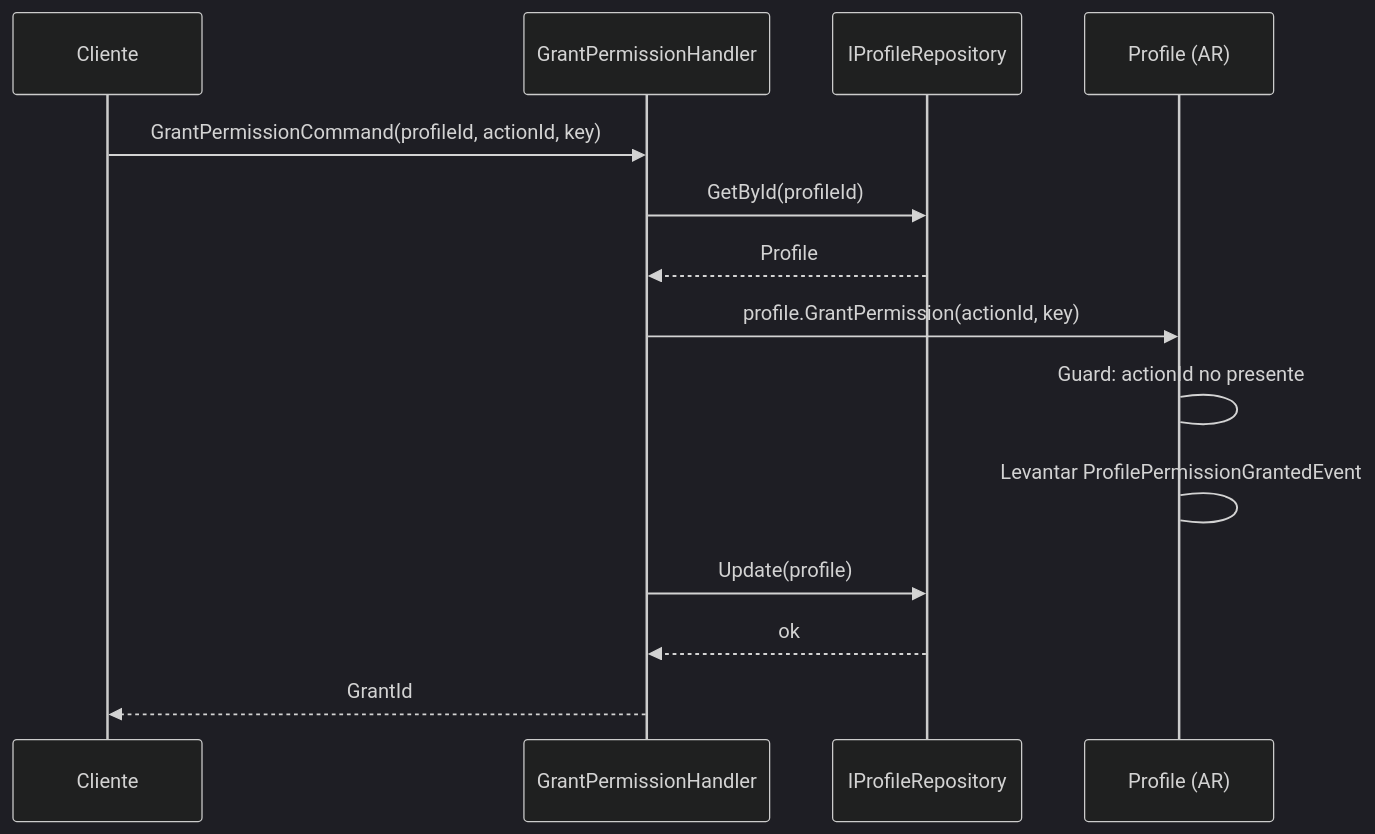
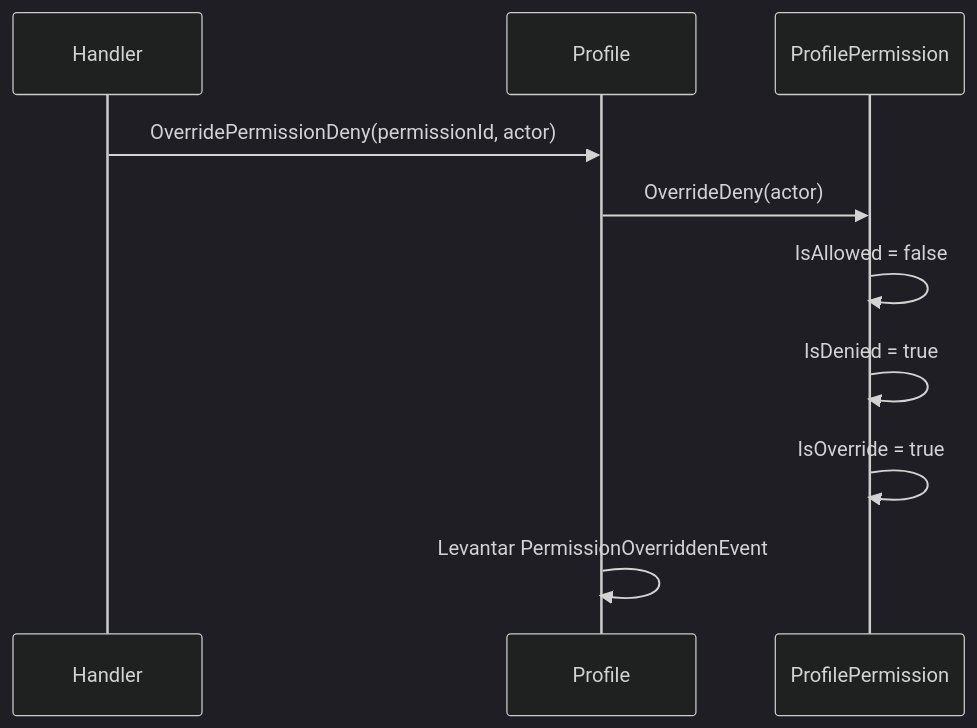
The third of 4 diagrams in docs/domain-es/authorization/profile-permission.md (beyondnetcode/ums), drawn with Mermaid (dark theme) before and after one commit. The commit also changed other lines of this file and 19 other files, not shown here.

````diff
--- a/docs/domain-es/authorization/profile-permission.md
+++ b/docs/domain-es/authorization/profile-permission.md
@@ -77,17 +116,13 @@
 ```mermaid
 sequenceDiagram
-    participant C as Cliente
-    participant H as GrantPermissionHandler
-    participant R as IProfileRepository
-    participant P as Profile (AR)
+    participant H as Handler
+    participant P as Profile
+    participant PP as ProfilePermission
 
-    C->>H: GrantPermissionCommand(profileId, actionId, key)
-    H->>R: GetById(profileId)
-    R-->>H: Profile
-    H->>P: profile.GrantPermission(actionId, key)
-    P->P: Guard: actionId no presente
-    P->P: Levantar ProfilePermissionGrantedEvent
-    H->>R: Update(profile)
-    R-->>H: ok
-    H-->>C: GrantId
+    H->>P: OverridePermissionDeny(permissionId, actor)
+    P->>PP: OverrideDeny(actor)
+    PP->>PP: IsAllowed = false
+    PP->>PP: IsDenied = true
+    PP->>PP: IsOverride = true
+    P->>P: Levantar PermissionOverriddenEvent
 ```
````
